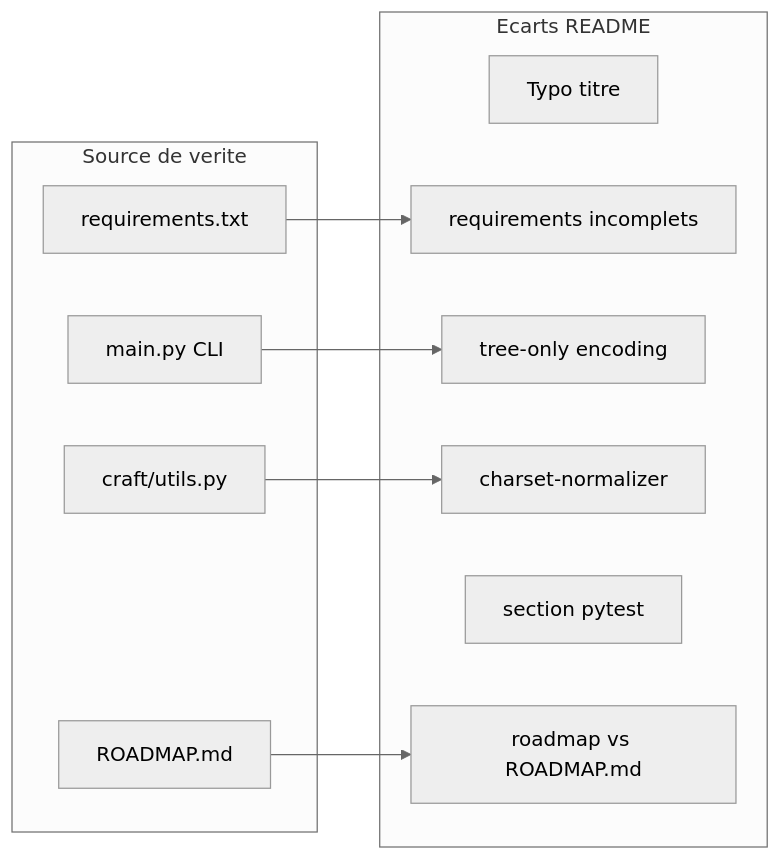
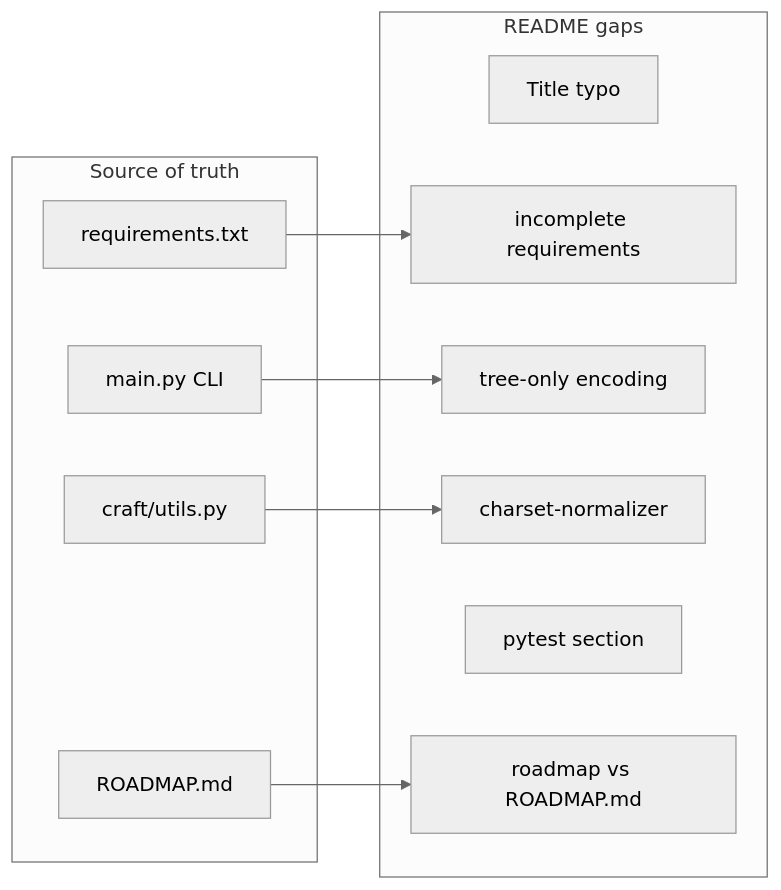
The diagram in docs/plans/2026_05_17_23:17_main_readme-audit-update.plan.md (DamienBecherini/AIContextCraft), drawn with Mermaid (neutral theme) before and after one commit. The commit also changed other lines of this file and 20 other files, not shown here.

````diff
--- a/docs/plans/2026_05_17_23:17_main_readme-audit-update.plan.md
+++ b/docs/plans/2026_05_17_23:17_main_readme-audit-update.plan.md
@@ -55,21 +55,21 @@
 ```mermaid
 flowchart LR
-  subgraph readme_gaps [Ecarts README]
-    typo[Typo titre]
-    deps[requirements incomplets]
+  subgraph readme_gaps [README gaps]
+    typo[Title typo]
+    deps[incomplete requirements]
     cli[tree-only encoding]
     enc[charset-normalizer]
-    tests[section pytest]
+    tests[pytest section]
     roadmap[roadmap vs ROADMAP.md]
   end
-  subgraph code_truth [Source de verite]
+  subgraph code_truth [Source of truth]
     main[main.py CLI]
     req[requirements.txt]
     utils[craft/utils.py]
     rm[ROADMAP.md]
   end
   main --> cli
   req --> deps
   utils --> enc
   rm --> roadmap
 ```
````
